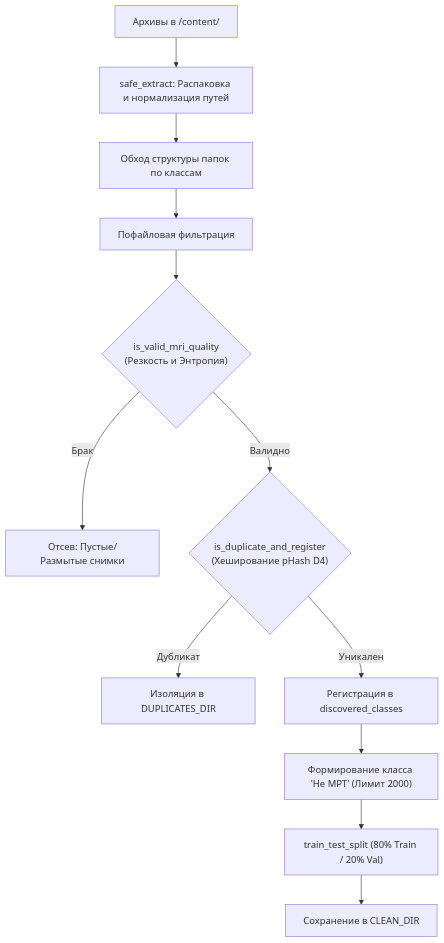
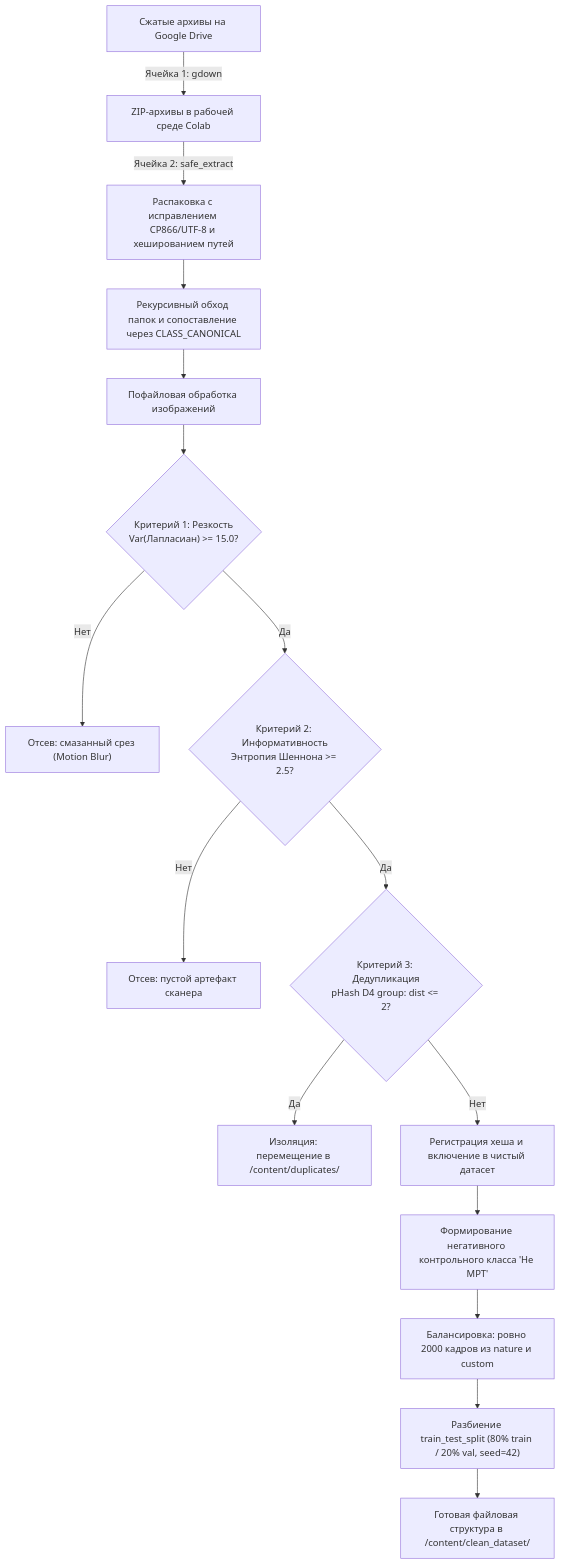
Before and after one commit to marklemesev-spec/mri-brain-tumors: the second of 7 diagrams in README.md, drawn with Mermaid. The commit also changed other lines of this file, not shown here.

````diff
--- a/README.md
+++ b/README.md
@@ -116,14 +82,20 @@
 ```mermaid
 flowchart TD
-    A["Архивы в /content/"] --> B["safe_extract: Распаковка и нормализация путей"]
-    B --> C["Обход структуры папок по классам"]
-    C --> D["Пофайловая фильтрация"]
-    D --> E{"is_valid_mri_quality<br/>(Резкость и Энтропия)"}
-    E -->|Брак| F["Отсев: Пустые/Размытые снимки"]
-    E -->|Валидно| G{"is_duplicate_and_register<br/>(Хеширование pHash D4)"}
-    G -->|Дубликат| H["Изоляция в DUPLICATES_DIR"]
-    G -->|Уникален| I["Регистрация в discovered_classes"]
-    I --> J["Формирование класса 'Не МРТ' (Лимит 2000)"]
-    J --> K["train_test_split (80% Train / 20% Val)"]
-    K --> L["Сохранение в CLEAN_DIR"]
+    A["Сжатые архивы на Google Drive"] -->|Ячейка 1: gdown| B["ZIP-архивы в рабочей среде Colab"]
+    B -->|Ячейка 2: safe_extract| C["Распаковка с исправлением CP866/UTF-8 и хешированием путей"]
+    C --> D["Рекурсивный обход папок и сопоставление через CLASS_CANONICAL"]
+    D --> E["Пофайловая обработка изображений"]
+    
+    E --> F{"Критерий 1: Резкость<br/>Var(Лапласиан) >= 15.0?"}
+    F -->|Нет| F1["Отсев: смазанный срез (Motion Blur)"]
+    F -->|Да| G{"Критерий 2: Информативность<br/>Энтропия Шеннона >= 2.5?"}
+    G -->|Нет| G1["Отсев: пустой артефакт сканера"]
+    G -->|Да| H{"Критерий 3: Дедупликация<br/>pHash D4 group: dist <= 2?"}
+    H -->|Да| H1["Изоляция: перемещение в /content/duplicates/"]
+    H -->|Нет| I["Регистрация хеша и включение в чистый датасет"]
+    
+    I --> J["Формирование негативного контрольного класса 'Не МРТ'"]
+    J --> K["Балансировка: ровно 2000 кадров из nature и custom"]
+    K --> L["Разбиение train_test_split (80% train / 20% val, seed=42)"]
+    L --> M["Готовая файловая структура в /content/clean_dataset/"]
 ```
````
